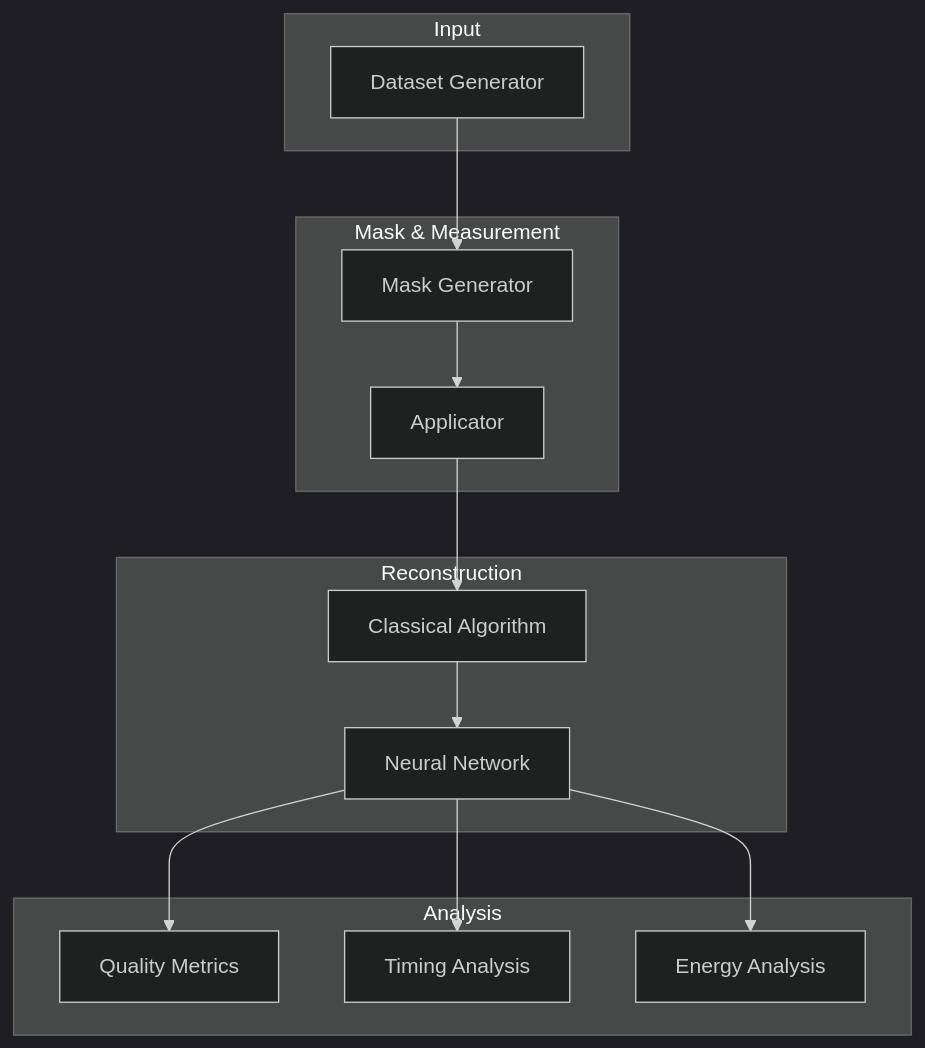
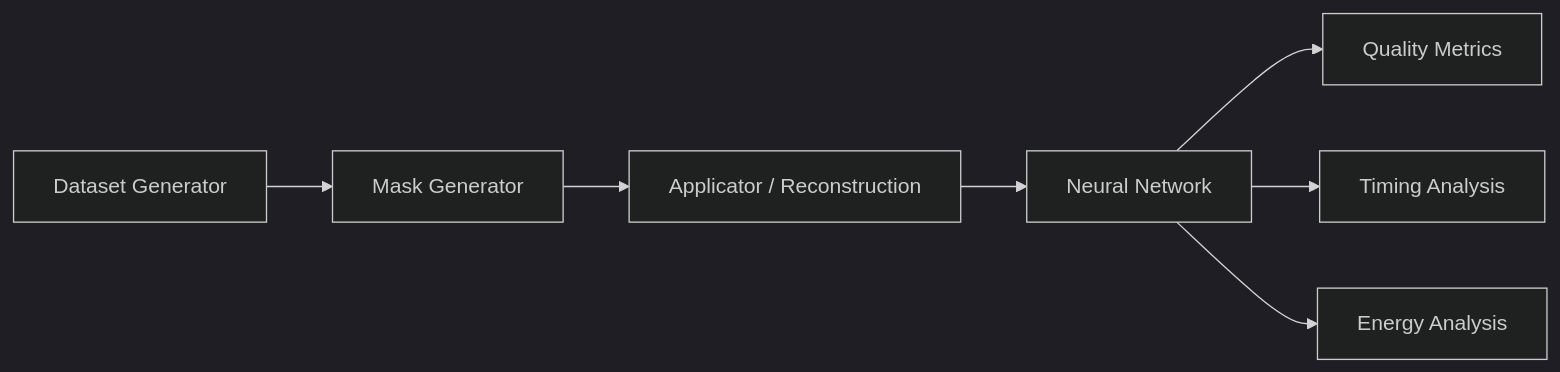
Before and after one commit to Xarlie123/aspir: the diagram in docs/user_guide/index.md, drawn with Mermaid (dark theme). The commit also changed 14 other files, not shown here.

````diff
--- a/docs/user_guide/index.md
+++ b/docs/user_guide/index.md
@@ -9,30 +9,9 @@
 ```{mermaid}
-flowchart TB
-    subgraph Input
-        D[Dataset Generator]
-    end
-
-    subgraph "Mask & Measurement"
-        M[Mask Generator]
-        A[Applicator]
-    end
-
-    subgraph "Reconstruction"
-        R[Classical Algorithm]
-        N[Neural Network]
-    end
-
-    subgraph "Analysis"
-        Q[Quality Metrics]
-        T[Timing Analysis]
-        E[Energy Analysis]
-    end
-
-    D --> M
-    M --> A
-    A --> R
-    R --> N
-    N --> Q
-    N --> T
-    N --> E
+flowchart LR
+    D[Dataset Generator] --> M[Mask Generator]
+    M --> A[Applicator / Reconstruction]
+    A --> N[Neural Network]
+    N --> Q[Quality Metrics]
+    N --> T[Timing Analysis]
+    N --> E[Energy Analysis]
 ```
````
